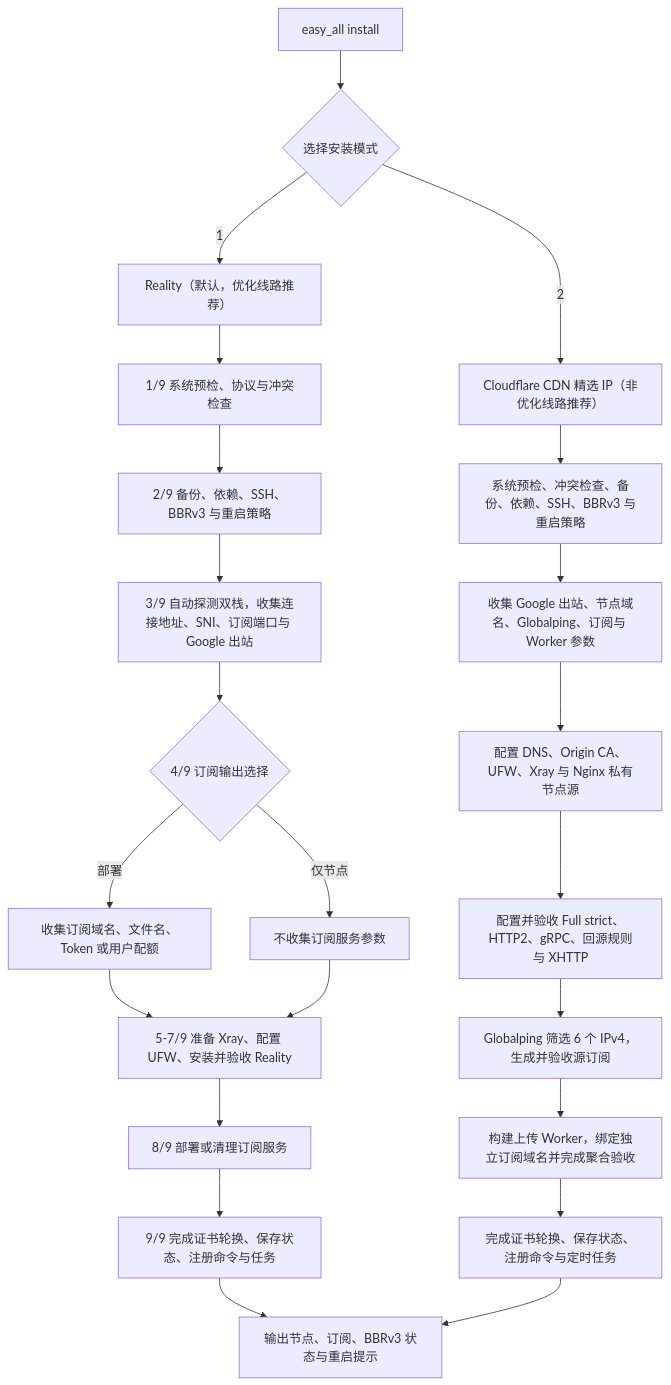
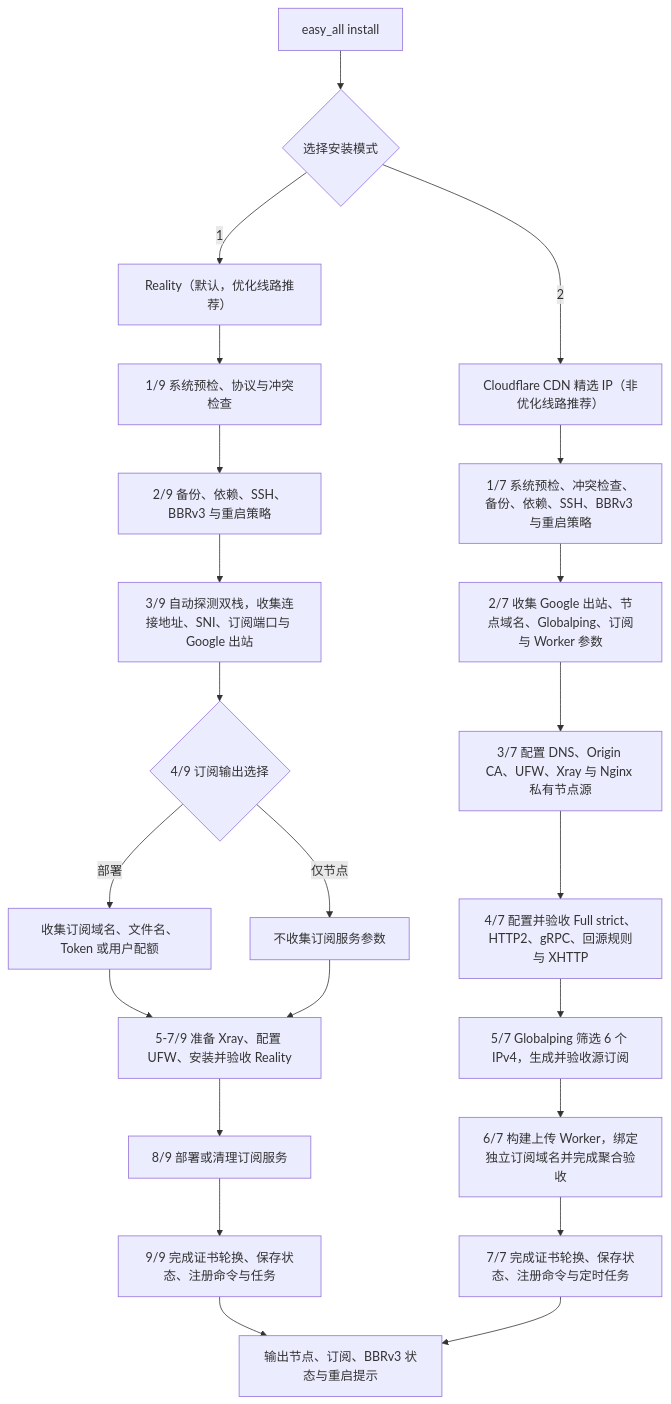
The diagram in README.md (v2yiz/easy_all), drawn with Mermaid before and after one commit. The commit also changed 1 other file, not shown here.

Commit message:
docs: number Cloudflare installation steps

````diff
--- a/README.md
+++ b/README.md
@@ -268,27 +268,27 @@
 ```mermaid
 graph TD
     A["easy_all install"] --> B{"选择安装模式"}
 
     B -->|1| R0["Reality（默认，优化线路推荐）"]
     R0 --> R1["1/9 系统预检、协议与冲突检查"]
     R1 --> R2["2/9 备份、依赖、SSH、BBRv3 与重启策略"]
     R2 --> R3["3/9 自动探测双栈，收集连接地址、SNI、订阅端口与 Google 出站"]
     R3 --> R4{"4/9 订阅输出选择"}
     R4 -->|部署| R5["收集订阅域名、文件名、Token 或用户配额"]
     R4 -->|仅节点| R6["不收集订阅服务参数"]
     R5 --> R7["5-7/9 准备 Xray、配置 UFW、安装并验收 Reality"]
     R6 --> R7
     R7 --> R8["8/9 部署或清理订阅服务"]
     R8 --> R9["9/9 完成证书轮换、保存状态、注册命令与任务"]
     R9 --> Z["输出节点、订阅、BBRv3 状态与重启提示"]
 
     B -->|2| C0["Cloudflare CDN 精选 IP（非优化线路推荐）"]
-    C0 --> C1["系统预检、冲突检查、备份、依赖、SSH、BBRv3 与重启策略"]
-    C1 --> C2["收集 Google 出站、节点域名、Globalping、订阅与 Worker 参数"]
-    C2 --> C3["配置 DNS、Origin CA、UFW、Xray 与 Nginx 私有节点源"]
-    C3 --> C4["配置并验收 Full strict、HTTP2、gRPC、回源规则与 XHTTP"]
-    C4 --> C5["Globalping 筛选 6 个 IPv4，生成并验收源订阅"]
-    C5 --> C6["构建上传 Worker，绑定独立订阅域名并完成聚合验收"]
-    C6 --> C7["完成证书轮换、保存状态、注册命令与定时任务"]
+    C0 --> C1["1/7 系统预检、冲突检查、备份、依赖、SSH、BBRv3 与重启策略"]
+    C1 --> C2["2/7 收集 Google 出站、节点域名、Globalping、订阅与 Worker 参数"]
+    C2 --> C3["3/7 配置 DNS、Origin CA、UFW、Xray 与 Nginx 私有节点源"]
+    C3 --> C4["4/7 配置并验收 Full strict、HTTP2、gRPC、回源规则与 XHTTP"]
+    C4 --> C5["5/7 Globalping 筛选 6 个 IPv4，生成并验收源订阅"]
+    C5 --> C6["6/7 构建上传 Worker，绑定独立订阅域名并完成聚合验收"]
+    C6 --> C7["7/7 完成证书轮换、保存状态、注册命令与定时任务"]
     C7 --> Z
 ```
````
